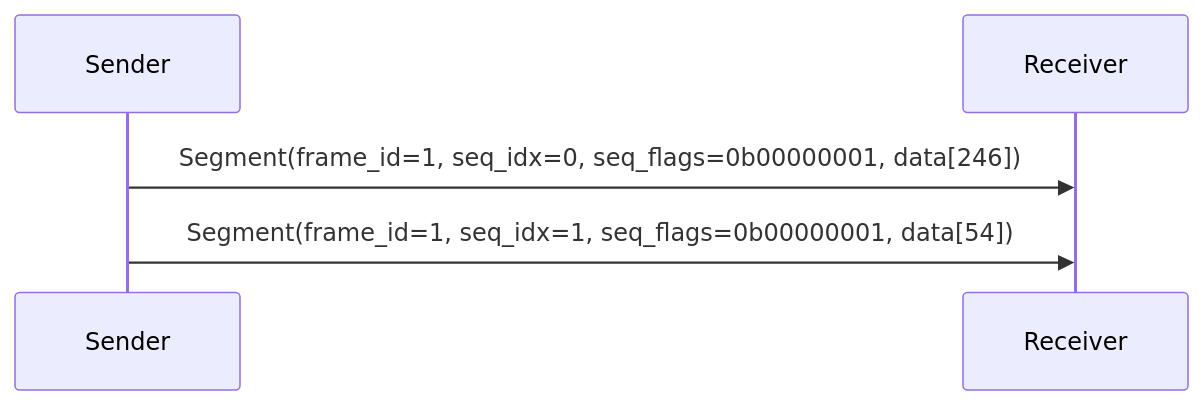
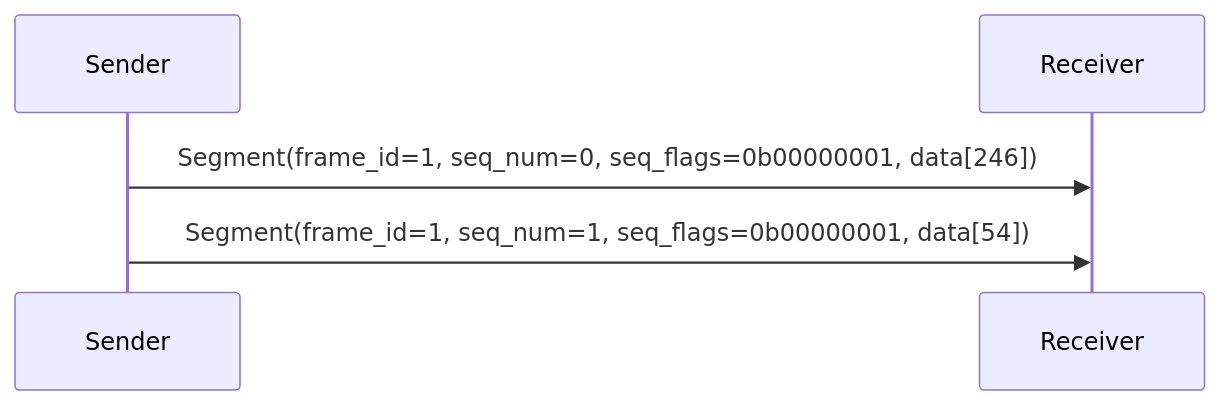
Before and after one commit to hoprnet/rfc: the seventh of 11 diagrams in rfcs/RFC-0007-session-protocol/0007-session-protocol.md, drawn with Mermaid. The commit also changed other lines of this file, not shown here.

Commit message:
fix(md): Clarify segment sequence flags

````diff
--- a/rfcs/RFC-0007-session-protocol/0007-session-protocol.md
+++ b/rfcs/RFC-0007-session-protocol/0007-session-protocol.md
@@ -288,8 +288,8 @@
 ```mermaid
 sequenceDiagram
     participant S as Sender
     participant R as Receiver
 
-    S->>R: Segment(frame_id=1, seq_idx=0, seq_flags=0b00000001, data[246])
-    S->>R: Segment(frame_id=1, seq_idx=1, seq_flags=0b00000001, data[54])
+    S->>R: Segment(frame_id=1, seq_num=0, seq_flags=0b00000001, data[246])
+    S->>R: Segment(frame_id=1, seq_num=1, seq_flags=0b00000001, data[54])
 ```
````
